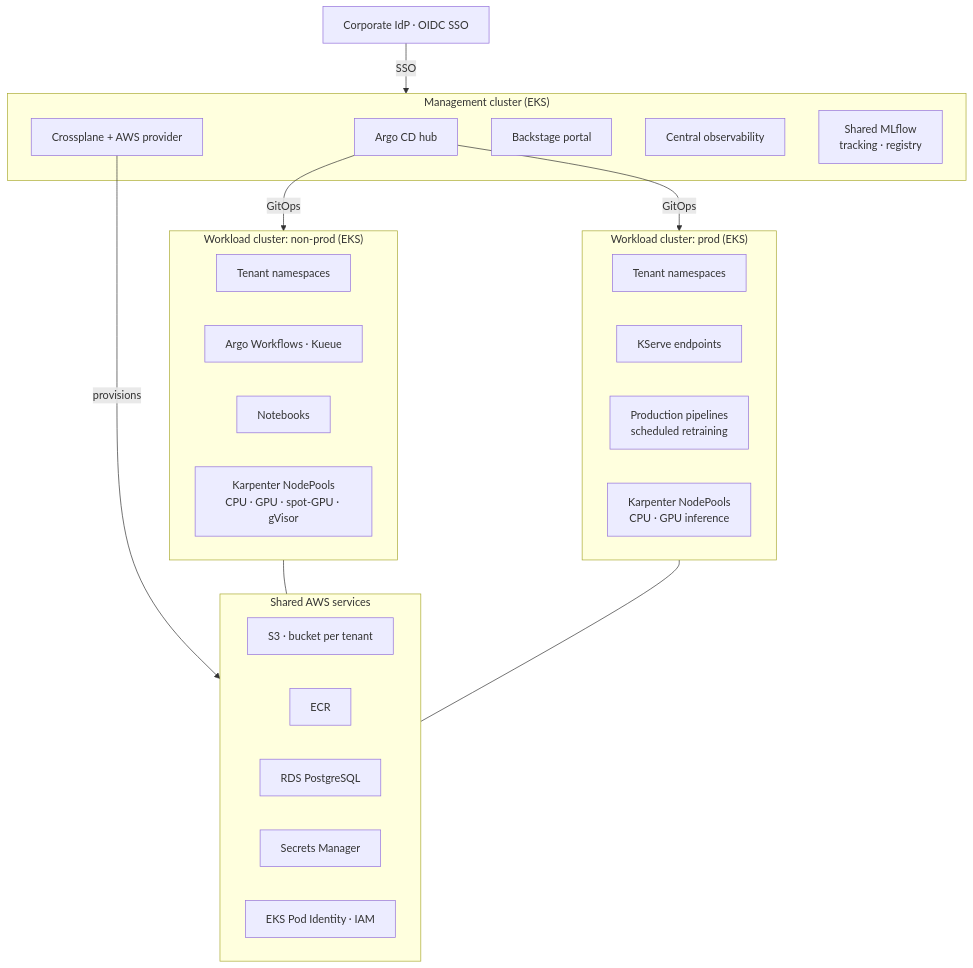
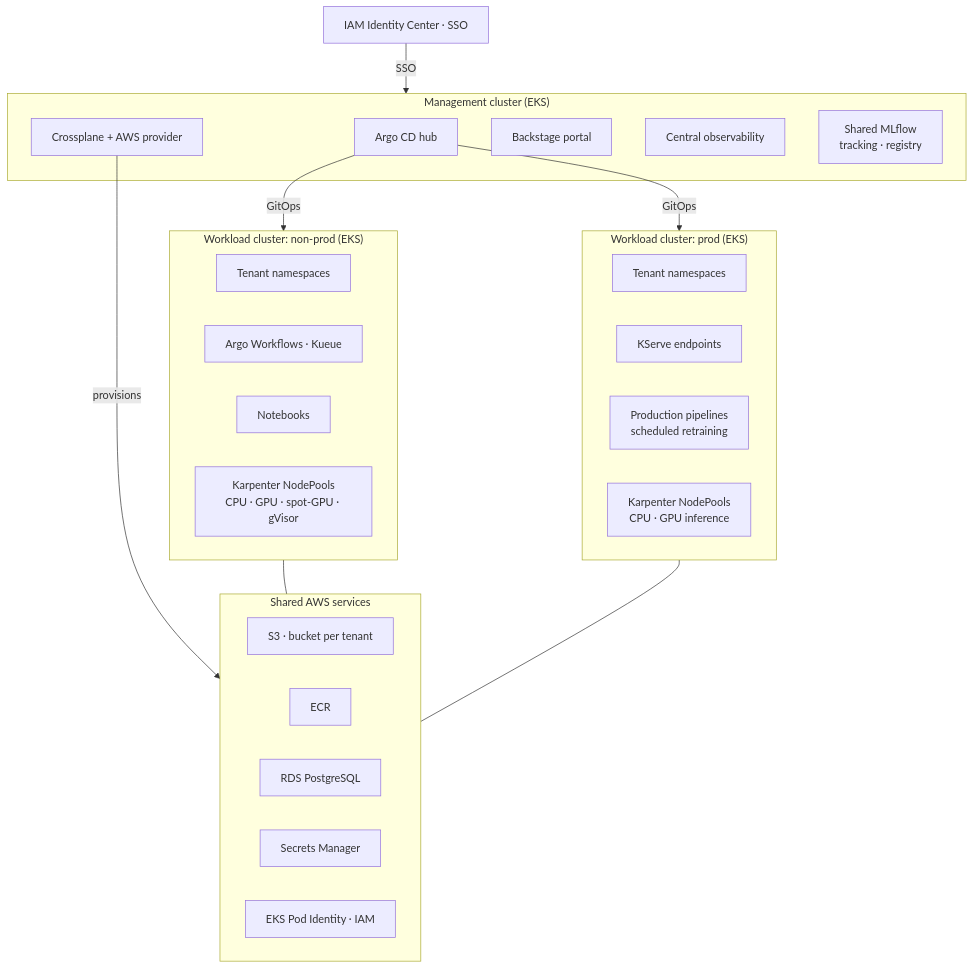
Before and after one commit to mlqube/.github: the first of 4 diagrams in docs/architecture.md, drawn with Mermaid. The commit also changed other lines of this file and 15 other files, not shown here.

First line of the commit message:
Identity: IAM Identity Center as the identity hub (ADR-0015), diagrams redrawn (#16)

````diff
--- a/docs/architecture.md
+++ b/docs/architecture.md
@@ -119,41 +119,41 @@
 ```mermaid
 flowchart TB
     subgraph MGMT["Management cluster (EKS)"]
         ARGOCD[Argo CD hub]
         XP[Crossplane + AWS provider]
         BS[Backstage portal]
         OBS[Central observability]
         MLFLOW[Shared MLflow<br/>tracking · registry]
     end
 
-    IDP[Corporate IdP · OIDC SSO]
+    IDP[IAM Identity Center · SSO]
 
     subgraph NONPROD["Workload cluster: non-prod (EKS)"]
         NS1[Tenant namespaces]
         AW[Argo Workflows · Kueue]
         NB[Notebooks]
         NP1[Karpenter NodePools<br/>CPU · GPU · spot-GPU · gVisor]
     end
 
     subgraph PROD["Workload cluster: prod (EKS)"]
         NS2[Tenant namespaces]
         KS[KServe endpoints]
         CRON[Production pipelines<br/>scheduled retraining]
         NP2[Karpenter NodePools<br/>CPU · GPU inference]
     end
 
     subgraph AWS["Shared AWS services"]
         S3[S3 · bucket per tenant]
         ECR[ECR]
         RDS[RDS PostgreSQL]
         SM[Secrets Manager]
         PI[EKS Pod Identity · IAM]
     end
 
     IDP -- SSO --> MGMT
     ARGOCD -- GitOps --> NONPROD
     ARGOCD -- GitOps --> PROD
     XP -- provisions --> AWS
     NONPROD --- AWS
     PROD --- AWS
 ```
````
